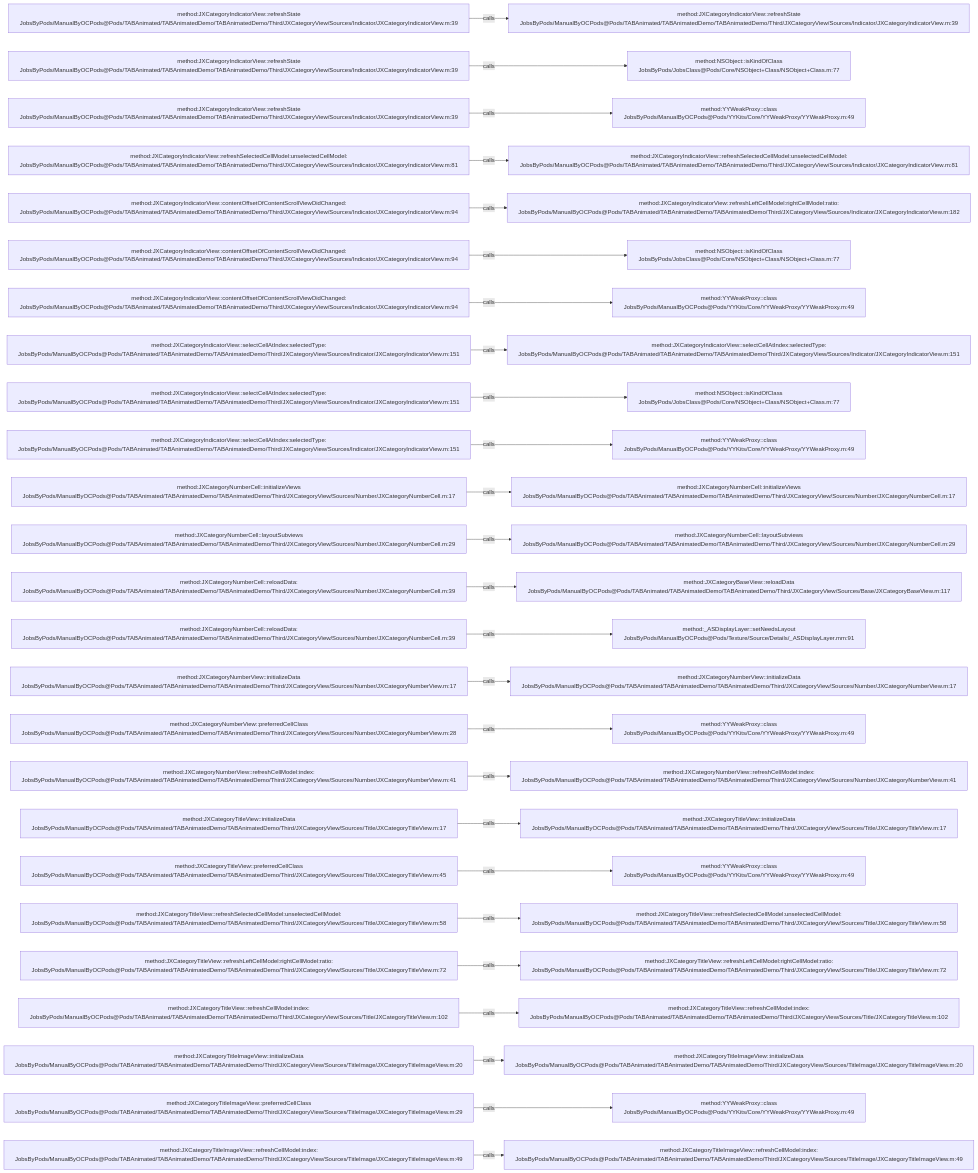
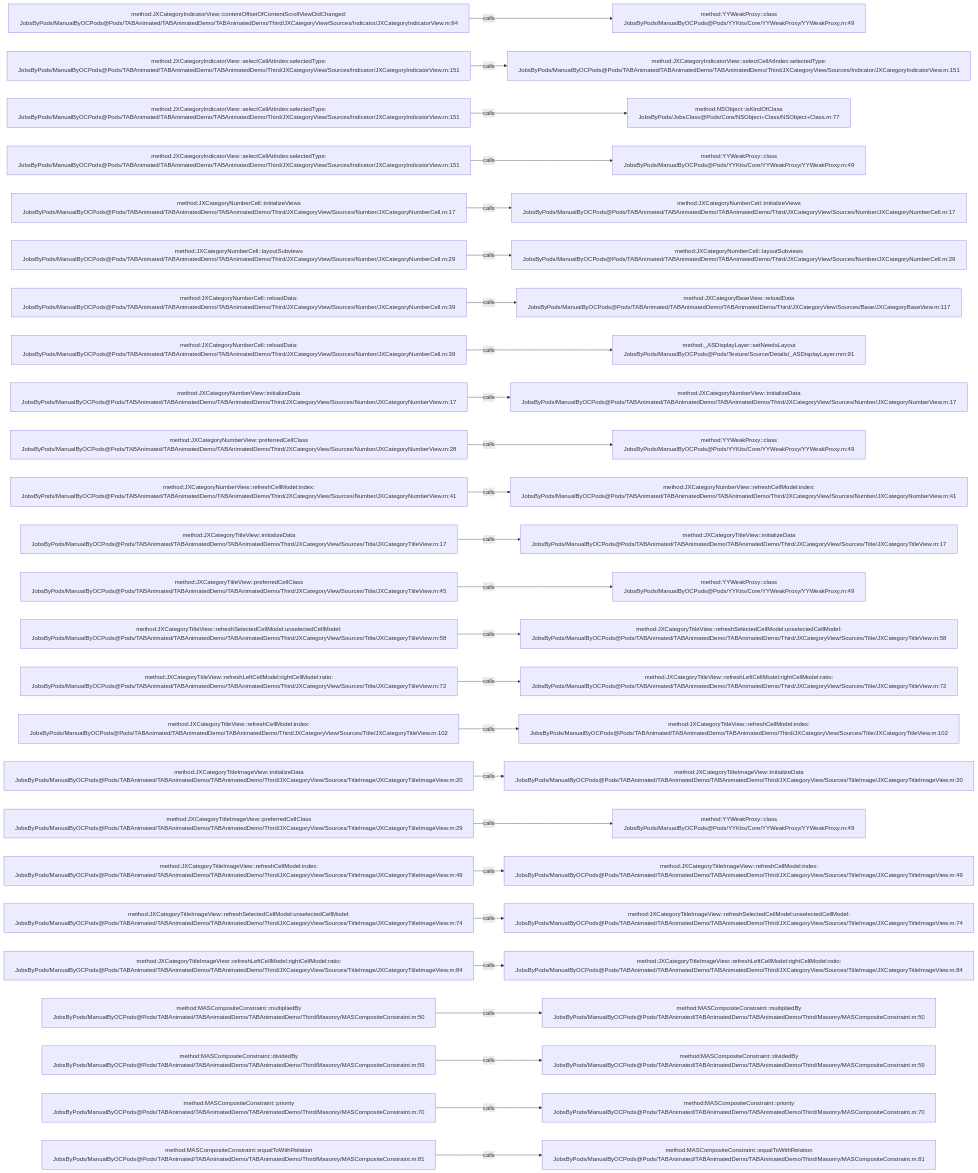
One commit to JobsKits/JobsOCBaseConfigDemo changed the diagram in .codegraph/codegraph.md/graphs/calls-035.md. Above: the diagram before and after it, drawn with Mermaid. The commit also changed 666 other files, not shown here.

````diff
--- a/.codegraph/codegraph.md/graphs/calls-035.md
+++ b/.codegraph/codegraph.md/graphs/calls-035.md
@@ -13,78 +13,78 @@
 ```mermaid
 flowchart LR
-  S1["method:JXCategoryIndicatorView::refreshState<br/>JobsByPods/ManualByOCPods@Pods/TABAnimated/TABAnimatedDemo/TABAnimatedDemo/Third/JXCategoryView/Sources/Indicator/JXCategoryIndicatorView.m:39"]
-  T1["method:JXCategoryIndicatorView::refreshState<br/>JobsByPods/ManualByOCPods@Pods/TABAnimated/TABAnimatedDemo/TABAnimatedDemo/Third/JXCategoryView/Sources/Indicator/JXCategoryIndicatorView.m:39"]
+  S1["method:JXCategoryIndicatorView::contentOffsetOfContentScrollViewDidChanged:<br/>JobsByPods/ManualByOCPods@Pods/TABAnimated/TABAnimatedDemo/TABAnimatedDemo/Third/JXCategoryView/Sources/Indicator/JXCategoryIndicatorView.m:94"]
+  T1["method:YYWeakProxy::class<br/>JobsByPods/ManualByOCPods@Pods/YYKits/Core/YYWeakProxy/YYWeakProxy.m:49"]
   S1 -->|calls| T1
-  S2["method:JXCategoryIndicatorView::refreshState<br/>JobsByPods/ManualByOCPods@Pods/TABAnimated/TABAnimatedDemo/TABAnimatedDemo/Third/JXCategoryView/Sources/Indicator/JXCategoryIndicatorView.m:39"]
-  T2["method:NSObject::isKindOfClass<br/>JobsByPods/JobsClass@Pods/Core/NSObject+Class/NSObject+Class.m:77"]
+  S2["method:JXCategoryIndicatorView::selectCellAtIndex:selectedType:<br/>JobsByPods/ManualByOCPods@Pods/TABAnimated/TABAnimatedDemo/TABAnimatedDemo/Third/JXCategoryView/Sources/Indicator/JXCategoryIndicatorView.m:151"]
+  T2["method:JXCategoryIndicatorView::selectCellAtIndex:selectedType:<br/>JobsByPods/ManualByOCPods@Pods/TABAnimated/TABAnimatedDemo/TABAnimatedDemo/Third/JXCategoryView/Sources/Indicator/JXCategoryIndicatorView.m:151"]
   S2 -->|calls| T2
-  S3["method:JXCategoryIndicatorView::refreshState<br/>JobsByPods/ManualByOCPods@Pods/TABAnimated/TABAnimatedDemo/TABAnimatedDemo/Third/JXCategoryView/Sources/Indicator/JXCategoryIndicatorView.m:39"]
-  T3["method:YYWeakProxy::class<br/>JobsByPods/ManualByOCPods@Pods/YYKits/Core/YYWeakProxy/YYWeakProxy.m:49"]
+  S3["method:JXCategoryIndicatorView::selectCellAtIndex:selectedType:<br/>JobsByPods/ManualByOCPods@Pods/TABAnimated/TABAnimatedDemo/TABAnimatedDemo/Third/JXCategoryView/Sources/Indicator/JXCategoryIndicatorView.m:151"]
+  T3["method:NSObject::isKindOfClass<br/>JobsByPods/JobsClass@Pods/Core/NSObject+Class/NSObject+Class.m:77"]
   S3 -->|calls| T3
-  S4["method:JXCategoryIndicatorView::refreshSelectedCellModel:unselectedCellModel:<br/>JobsByPods/ManualByOCPods@Pods/TABAnimated/TABAnimatedDemo/TABAnimatedDemo/Third/JXCategoryView/Sources/Indicator/JXCategoryIndicatorView.m:81"]
-  T4["method:JXCategoryIndicatorView::refreshSelectedCellModel:unselectedCellModel:<br/>JobsByPods/ManualByOCPods@Pods/TABAnimated/TABAnimatedDemo/TABAnimatedDemo/Third/JXCategoryView/Sources/Indicator/JXCategoryIndicatorView.m:81"]
+  S4["method:JXCategoryIndicatorView::selectCellAtIndex:selectedType:<br/>JobsByPods/ManualByOCPods@Pods/TABAnimated/TABAnimatedDemo/TABAnimatedDemo/Third/JXCategoryView/Sources/Indicator/JXCategoryIndicatorView.m:151"]
+  T4["method:YYWeakProxy::class<br/>JobsByPods/ManualByOCPods@Pods/YYKits/Core/YYWeakProxy/YYWeakProxy.m:49"]
   S4 -->|calls| T4
-  S5["method:JXCategoryIndicatorView::contentOffsetOfContentScrollViewDidChanged:<br/>JobsByPods/ManualByOCPods@Pods/TABAnimated/TABAnimatedDemo/TABAnimatedDemo/Third/JXCategoryView/Sources/Indicator/JXCategoryIndicatorView.m:94"]
-  T5["method:JXCategoryIndicatorView::refreshLeftCellModel:rightCellModel:ratio:<br/>JobsByPods/ManualByOCPods@Pods/TABAnimated/TABAnimatedDemo/TABAnimatedDemo/Third/JXCategoryView/Sources/Indicator/JXCategoryIndicatorView.m:182"]
+  S5["method:JXCategoryNumberCell::initializeViews<br/>JobsByPods/ManualByOCPods@Pods/TABAnimated/TABAnimatedDemo/TABAnimatedDemo/Third/JXCategoryView/Sources/Number/JXCategoryNumberCell.m:17"]
+  T5["method:JXCategoryNumberCell::initializeViews<br/>JobsByPods/ManualByOCPods@Pods/TABAnimated/TABAnimatedDemo/TABAnimatedDemo/Third/JXCategoryView/Sources/Number/JXCategoryNumberCell.m:17"]
   S5 -->|calls| T5
-  S6["method:JXCategoryIndicatorView::contentOffsetOfContentScrollViewDidChanged:<br/>JobsByPods/ManualByOCPods@Pods/TABAnimated/TABAnimatedDemo/TABAnimatedDemo/Third/JXCategoryView/Sources/Indicator/JXCategoryIndicatorView.m:94"]
-  T6["method:NSObject::isKindOfClass<br/>JobsByPods/JobsClass@Pods/Core/NSObject+Class/NSObject+Class.m:77"]
+  S6["method:JXCategoryNumberCell::layoutSubviews<br/>JobsByPods/ManualByOCPods@Pods/TABAnimated/TABAnimatedDemo/TABAnimatedDemo/Third/JXCategoryView/Sources/Number/JXCategoryNumberCell.m:29"]
+  T6["method:JXCategoryNumberCell::layoutSubviews<br/>JobsByPods/ManualByOCPods@Pods/TABAnimated/TABAnimatedDemo/TABAnimatedDemo/Third/JXCategoryView/Sources/Number/JXCategoryNumberCell.m:29"]
   S6 -->|calls| T6
-  S7["method:JXCategoryIndicatorView::contentOffsetOfContentScrollViewDidChanged:<br/>JobsByPods/ManualByOCPods@Pods/TABAnimated/TABAnimatedDemo/TABAnimatedDemo/Third/JXCategoryView/Sources/Indicator/JXCategoryIndicatorView.m:94"]
-  T7["method:YYWeakProxy::class<br/>JobsByPods/ManualByOCPods@Pods/YYKits/Core/YYWeakProxy/YYWeakProxy.m:49"]
+  S7["method:JXCategoryNumberCell::reloadData:<br/>JobsByPods/ManualByOCPods@Pods/TABAnimated/TABAnimatedDemo/TABAnimatedDemo/Third/JXCategoryView/Sources/Number/JXCategoryNumberCell.m:39"]
+  T7["method:JXCategoryBaseView::reloadData<br/>JobsByPods/ManualByOCPods@Pods/TABAnimated/TABAnimatedDemo/TABAnimatedDemo/Third/JXCategoryView/Sources/Base/JXCategoryBaseView.m:117"]
   S7 -->|calls| T7
-  S8["method:JXCategoryIndicatorView::selectCellAtIndex:selectedType:<br/>JobsByPods/ManualByOCPods@Pods/TABAnimated/TABAnimatedDemo/TABAnimatedDemo/Third/JXCategoryView/Sources/Indicator/JXCategoryIndicatorView.m:151"]
-  T8["method:JXCategoryIndicatorView::selectCellAtIndex:selectedType:<br/>JobsByPods/ManualByOCPods@Pods/TABAnimated/TABAnimatedDemo/TABAnimatedDemo/Third/JXCategoryView/Sources/Indicator/JXCategoryIndicatorView.m:151"]
+  S8["method:JXCategoryNumberCell::reloadData:<br/>JobsByPods/ManualByOCPods@Pods/TABAnimated/TABAnimatedDemo/TABAnimatedDemo/Third/JXCategoryView/Sources/Number/JXCategoryNumberCell.m:39"]
+  T8["method:_ASDisplayLayer::setNeedsLayout<br/>JobsByPods/ManualByOCPods@Pods/Texture/Source/Details/_ASDisplayLayer.mm:91"]
   S8 -->|calls| T8
-  S9["method:JXCategoryIndicatorView::selectCellAtIndex:selectedType:<br/>JobsByPods/ManualByOCPods@Pods/TABAnimated/TABAnimatedDemo/TABAnimatedDemo/Third/JXCategoryView/Sources/Indicator/JXCategoryIndicatorView.m:151"]
-  T9["method:NSObject::isKindOfClass<br/>JobsByPods/JobsClass@Pods/Core/NSObject+Class/NSObject+Class.m:77"]
+  S9["method:JXCategoryNumberView::initializeData<br/>JobsByPods/ManualByOCPods@Pods/TABAnimated/TABAnimatedDemo/TABAnimatedDemo/Third/JXCategoryView/Sources/Number/JXCategoryNumberView.m:17"]
+  T9["method:JXCategoryNumberView::initializeData<br/>JobsByPods/ManualByOCPods@Pods/TABAnimated/TABAnimatedDemo/TABAnimatedDemo/Third/JXCategoryView/Sources/Number/JXCategoryNumberView.m:17"]
   S9 -->|calls| T9
-  S10["method:JXCategoryIndicatorView::selectCellAtIndex:selectedType:<br/>JobsByPods/ManualByOCPods@Pods/TABAnimated/TABAnimatedDemo/TABAnimatedDemo/Third/JXCategoryView/Sources/Indicator/JXCategoryIndicatorView.m:151"]
+  S10["method:JXCategoryNumberView::preferredCellClass<br/>JobsByPods/ManualByOCPods@Pods/TABAnimated/TABAnimatedDemo/TABAnimatedDemo/Third/JXCategoryView/Sources/Number/JXCategoryNumberView.m:28"]
   T10["method:YYWeakProxy::class<br/>JobsByPods/ManualByOCPods@Pods/YYKits/Core/YYWeakProxy/YYWeakProxy.m:49"]
   S10 -->|calls| T10
-  S11["method:JXCategoryNumberCell::initializeViews<br/>JobsByPods/ManualByOCPods@Pods/TABAnimated/TABAnimatedDemo/TABAnimatedDemo/Third/JXCategoryView/Sources/Number/JXCategoryNumberCell.m:17"]
-  T11["method:JXCategoryNumberCell::initializeViews<br/>JobsByPods/ManualByOCPods@Pods/TABAnimated/TABAnimatedDemo/TABAnimatedDemo/Third/JXCategoryView/Sources/Number/JXCategoryNumberCell.m:17"]
+  S11["method:JXCategoryNumberView::refreshCellModel:index:<br/>JobsByPods/ManualByOCPods@Pods/TABAnimated/TABAnimatedDemo/TABAnimatedDemo/Third/JXCategoryView/Sources/Number/JXCategoryNumberView.m:41"]
+  T11["method:JXCategoryNumberView::refreshCellModel:index:<br/>JobsByPods/ManualByOCPods@Pods/TABAnimated/TABAnimatedDemo/TABAnimatedDemo/Third/JXCategoryView/Sources/Number/JXCategoryNumberView.m:41"]
   S11 -->|calls| T11
-  S12["method:JXCategoryNumberCell::layoutSubviews<br/>JobsByPods/ManualByOCPods@Pods/TABAnimated/TABAnimatedDemo/TABAnimatedDemo/Third/JXCategoryView/Sources/Number/JXCategoryNumberCell.m:29"]
-  T12["method:JXCategoryNumberCell::layoutSubviews<br/>JobsByPods/ManualByOCPods@Pods/TABAnimated/TABAnimatedDemo/TABAnimatedDemo/Third/JXCategoryView/Sources/Number/JXCategoryNumberCell.m:29"]
+  S12["method:JXCategoryTitleView::initializeData<br/>JobsByPods/ManualByOCPods@Pods/TABAnimated/TABAnimatedDemo/TABAnimatedDemo/Third/JXCategoryView/Sources/Title/JXCategoryTitleView.m:17"]
+  T12["method:JXCategoryTitleView::initializeData<br/>JobsByPods/ManualByOCPods@Pods/TABAnimated/TABAnimatedDemo/TABAnimatedDemo/Third/JXCategoryView/Sources/Title/JXCategoryTitleView.m:17"]
   S12 -->|calls| T12
-  S13["method:JXCategoryNumberCell::reloadData:<br/>JobsByPods/ManualByOCPods@Pods/TABAnimated/TABAnimatedDemo/TABAnimatedDemo/Third/JXCategoryView/Sources/Number/JXCategoryNumberCell.m:39"]
-  T13["method:JXCategoryBaseView::reloadData<br/>JobsByPods/ManualByOCPods@Pods/TABAnimated/TABAnimatedDemo/TABAnimatedDemo/Third/JXCategoryView/Sources/Base/JXCategoryBaseView.m:117"]
+  S13["method:JXCategoryTitleView::preferredCellClass<br/>JobsByPods/ManualByOCPods@Pods/TABAnimated/TABAnimatedDemo/TABAnimatedDemo/Third/JXCategoryView/Sources/Title/JXCategoryTitleView.m:45"]
+  T13["method:YYWeakProxy::class<br/>JobsByPods/ManualByOCPods@Pods/YYKits/Core/YYWeakProxy/YYWeakProxy.m:49"]
   S13 -->|calls| T13
-  S14["method:JXCategoryNumberCell::reloadData:<br/>JobsByPods/ManualByOCPods@Pods/TABAnimated/TABAnimatedDemo/TABAnimatedDemo/Third/JXCategoryView/Sources/Number/JXCategoryNumberCell.m:39"]
-  T14["method:_ASDisplayLayer::setNeedsLayout<br/>JobsByPods/ManualByOCPods@Pods/Texture/Source/Details/_ASDisplayLayer.mm:91"]
+  S14["method:JXCategoryTitleView::refreshSelectedCellModel:unselectedCellModel:<br/>JobsByPods/ManualByOCPods@Pods/TABAnimated/TABAnimatedDemo/TABAnimatedDemo/Third/JXCategoryView/Sources/Title/JXCategoryTitleView.m:58"]
+  T14["method:JXCategoryTitleView::refreshSelectedCellModel:unselectedCellModel:<br/>JobsByPods/ManualByOCPods@Pods/TABAnimated/TABAnimatedDemo/TABAnimatedDemo/Third/JXCategoryView/Sources/Title/JXCategoryTitleView.m:58"]
   S14 -->|calls| T14
-  S15["method:JXCategoryNumberView::initializeData<br/>JobsByPods/ManualByOCPods@Pods/TABAnimated/TABAnimatedDemo/TABAnimatedDemo/Third/JXCategoryView/Sources/Number/JXCategoryNumberView.m:17"]
-  T15["method:JXCategoryNumberView::initializeData<br/>JobsByPods/ManualByOCPods@Pods/TABAnimated/TABAnimatedDemo/TABAnimatedDemo/Third/JXCategoryView/Sources/Number/JXCategoryNumberView.m:17"]
+  S15["method:JXCategoryTitleView::refreshLeftCellModel:rightCellModel:ratio:<br/>JobsByPods/ManualByOCPods@Pods/TABAnimated/TABAnimatedDemo/TABAnimatedDemo/Third/JXCategoryView/Sources/Title/JXCategoryTitleView.m:72"]
+  T15["method:JXCategoryTitleView::refreshLeftCellModel:rightCellModel:ratio:<br/>JobsByPods/ManualByOCPods@Pods/TABAnimated/TABAnimatedDemo/TABAnimatedDemo/Third/JXCategoryView/Sources/Title/JXCategoryTitleView.m:72"]
   S15 -->|calls| T15
-  S16["method:JXCategoryNumberView::preferredCellClass<br/>JobsByPods/ManualByOCPods@Pods/TABAnimated/TABAnimatedDemo/TABAnimatedDemo/Third/JXCategoryView/Sources/Number/JXCategoryNumberView.m:28"]
-  T16["method:YYWeakProxy::class<br/>JobsByPods/ManualByOCPods@Pods/YYKits/Core/YYWeakProxy/YYWeakProxy.m:49"]
+  S16["method:JXCategoryTitleView::refreshCellModel:index:<br/>JobsByPods/ManualByOCPods@Pods/TABAnimated/TABAnimatedDemo/TABAnimatedDemo/Third/JXCategoryView/Sources/Title/JXCategoryTitleView.m:102"]
+  T16["method:JXCategoryTitleView::refreshCellModel:index:<br/>JobsByPods/ManualByOCPods@Pods/TABAnimated/TABAnimatedDemo/TABAnimatedDemo/Third/JXCategoryView/Sources/Title/JXCategoryTitleView.m:102"]
   S16 -->|calls| T16
-  S17["method:JXCategoryNumberView::refreshCellModel:index:<br/>JobsByPods/ManualByOCPods@Pods/TABAnimated/TABAnimatedDemo/TABAnimatedDemo/Third/JXCategoryView/Sources/Number/JXCategoryNumberView.m:41"]
-  T17["method:JXCategoryNumberView::refreshCellModel:index:<br/>JobsByPods/ManualByOCPods@Pods/TABAnimated/TABAnimatedDemo/TABAnimatedDemo/Third/JXCategoryView/Sources/Number/JXCategoryNumberView.m:41"]
+  S17["method:JXCategoryTitleImageView::initializeData<br/>JobsByPods/ManualByOCPods@Pods/TABAnimated/TABAnimatedDemo/TABAnimatedDemo/Third/JXCategoryView/Sources/TitleImage/JXCategoryTitleImageView.m:20"]
+  T17["method:JXCategoryTitleImageView::initializeData<br/>JobsByPods/ManualByOCPods@Pods/TABAnimated/TABAnimatedDemo/TABAnimatedDemo/Third/JXCategoryView/Sources/TitleImage/JXCategoryTitleImageView.m:20"]
   S17 -->|calls| T17
-  S18["method:JXCategoryTitleView::initializeData<br/>JobsByPods/ManualByOCPods@Pods/TABAnimated/TABAnimatedDemo/TABAnimatedDemo/Third/JXCategoryView/Sources/Title/JXCategoryTitleView.m:17"]
-  T18["method:JXCategoryTitleView::initializeData<br/>JobsByPods/ManualByOCPods@Pods/TABAnimated/TABAnimatedDemo/TABAnimatedDemo/Third/JXCategoryView/Sources/Title/JXCategoryTitleView.m:17"]
+  S18["method:JXCategoryTitleImageView::preferredCellClass<br/>JobsByPods/ManualByOCPods@Pods/TABAnimated/TABAnimatedDemo/TABAnimatedDemo/Third/JXCategoryView/Sources/TitleImage/JXCategoryTitleImageView.m:29"]
+  T18["method:YYWeakProxy::class<br/>JobsByPods/ManualByOCPods@Pods/YYKits/Core/YYWeakProxy/YYWeakProxy.m:49"]
   S18 -->|calls| T18
-  S19["method:JXCategoryTitleView::preferredCellClass<br/>JobsByPods/ManualByOCPods@Pods/TABAnimated/TABAnimatedDemo/TABAnimatedDemo/Third/JXCategoryView/Sources/Title/JXCategoryTitleView.m:45"]
-  T19["method:YYWeakProxy::class<br/>JobsByPods/ManualByOCPods@Pods/YYKits/Core/YYWeakProxy/YYWeakProxy.m:49"]
+  S19["method:JXCategoryTitleImageView::refreshCellModel:index:<br/>JobsByPods/ManualByOCPods@Pods/TABAnimated/TABAnimatedDemo/TABAnimatedDemo/Third/JXCategoryView/Sources/TitleImage/JXCategoryTitleImageView.m:49"]
+  T19["method:JXCategoryTitleImageView::refreshCellModel:index:<br/>JobsByPods/ManualByOCPods@Pods/TABAnimated/TABAnimatedDemo/TABAnimatedDemo/Third/JXCategoryView/Sources/TitleImage/JXCategoryTitleImageView.m:49"]
   S19 -->|calls| T19
-  S20["method:JXCategoryTitleView::refreshSelectedCellModel:unselectedCellModel:<br/>JobsByPods/ManualByOCPods@Pods/TABAnimated/TABAnimatedDemo/TABAnimatedDemo/Third/JXCategoryView/Sources/Title/JXCategoryTitleView.m:58"]
-  T20["method:JXCategoryTitleView::refreshSelectedCellModel:unselectedCellModel:<br/>JobsByPods/ManualByOCPods@Pods/TABAnimated/TABAnimatedDemo/TABAnimatedDemo/Third/JXCategoryView/Sources/Title/JXCategoryTitleView.m:58"]
+  S20["method:JXCategoryTitleImageView::refreshSelectedCellModel:unselectedCellModel:<br/>JobsByPods/ManualByOCPods@Pods/TABAnimated/TABAnimatedDemo/TABAnimatedDemo/Third/JXCategoryView/Sources/TitleImage/JXCategoryTitleImageView.m:74"]
+  T20["method:JXCategoryTitleImageView::refreshSelectedCellModel:unselectedCellModel:<br/>JobsByPods/ManualByOCPods@Pods/TABAnimated/TABAnimatedDemo/TABAnimatedDemo/Third/JXCategoryView/Sources/TitleImage/JXCategoryTitleImageView.m:74"]
   S20 -->|calls| T20
-  S21["method:JXCategoryTitleView::refreshLeftCellModel:rightCellModel:ratio:<br/>JobsByPods/ManualByOCPods@Pods/TABAnimated/TABAnimatedDemo/TABAnimatedDemo/Third/JXCategoryView/Sources/Title/JXCategoryTitleView.m:72"]
-  T21["method:JXCategoryTitleView::refreshLeftCellModel:rightCellModel:ratio:<br/>JobsByPods/ManualByOCPods@Pods/TABAnimated/TABAnimatedDemo/TABAnimatedDemo/Third/JXCategoryView/Sources/Title/JXCategoryTitleView.m:72"]
+  S21["method:JXCategoryTitleImageView::refreshLeftCellModel:rightCellModel:ratio:<br/>JobsByPods/ManualByOCPods@Pods/TABAnimated/TABAnimatedDemo/TABAnimatedDemo/Third/JXCategoryView/Sources/TitleImage/JXCategoryTitleImageView.m:84"]
+  T21["method:JXCategoryTitleImageView::refreshLeftCellModel:rightCellModel:ratio:<br/>JobsByPods/ManualByOCPods@Pods/TABAnimated/TABAnimatedDemo/TABAnimatedDemo/Third/JXCategoryView/Sources/TitleImage/JXCategoryTitleImageView.m:84"]
   S21 -->|calls| T21
-  S22["method:JXCategoryTitleView::refreshCellModel:index:<br/>JobsByPods/ManualByOCPods@Pods/TABAnimated/TABAnimatedDemo/TABAnimatedDemo/Third/JXCategoryView/Sources/Title/JXCategoryTitleView.m:102"]
-  T22["method:JXCategoryTitleView::refreshCellModel:index:<br/>JobsByPods/ManualByOCPods@Pods/TABAnimated/TABAnimatedDemo/TABAnimatedDemo/Third/JXCategoryView/Sources/Title/JXCategoryTitleView.m:102"]
+  S22["method:MASCompositeConstraint::multipliedBy<br/>JobsByPods/ManualByOCPods@Pods/TABAnimated/TABAnimatedDemo/TABAnimatedDemo/Third/Masonry/MASCompositeConstraint.m:50"]
+  T22["method:MASCompositeConstraint::multipliedBy<br/>JobsByPods/ManualByOCPods@Pods/TABAnimated/TABAnimatedDemo/TABAnimatedDemo/Third/Masonry/MASCompositeConstraint.m:50"]
   S22 -->|calls| T22
-  S23["method:JXCategoryTitleImageView::initializeData<br/>JobsByPods/ManualByOCPods@Pods/TABAnimated/TABAnimatedDemo/TABAnimatedDemo/Third/JXCategoryView/Sources/TitleImage/JXCategoryTitleImageView.m:20"]
-  T23["method:JXCategoryTitleImageView::initializeData<br/>JobsByPods/ManualByOCPods@Pods/TABAnimated/TABAnimatedDemo/TABAnimatedDemo/Third/JXCategoryView/Sources/TitleImage/JXCategoryTitleImageView.m:20"]
+  S23["method:MASCompositeConstraint::dividedBy<br/>JobsByPods/ManualByOCPods@Pods/TABAnimated/TABAnimatedDemo/TABAnimatedDemo/Third/Masonry/MASCompositeConstraint.m:59"]
+  T23["method:MASCompositeConstraint::dividedBy<br/>JobsByPods/ManualByOCPods@Pods/TABAnimated/TABAnimatedDemo/TABAnimatedDemo/Third/Masonry/MASCompositeConstraint.m:59"]
   S23 -->|calls| T23
-  S24["method:JXCategoryTitleImageView::preferredCellClass<br/>JobsByPods/ManualByOCPods@Pods/TABAnimated/TABAnimatedDemo/TABAnimatedDemo/Third/JXCategoryView/Sources/TitleImage/JXCategoryTitleImageView.m:29"]
-  T24["method:YYWeakProxy::class<br/>JobsByPods/ManualByOCPods@Pods/YYKits/Core/YYWeakProxy/YYWeakProxy.m:49"]
+  S24["method:MASCompositeConstraint::priority<br/>JobsByPods/ManualByOCPods@Pods/TABAnimated/TABAnimatedDemo/TABAnimatedDemo/Third/Masonry/MASCompositeConstraint.m:70"]
+  T24["method:MASCompositeConstraint::priority<br/>JobsByPods/ManualByOCPods@Pods/TABAnimated/TABAnimatedDemo/TABAnimatedDemo/Third/Masonry/MASCompositeConstraint.m:70"]
   S24 -->|calls| T24
-  S25["method:JXCategoryTitleImageView::refreshCellModel:index:<br/>JobsByPods/ManualByOCPods@Pods/TABAnimated/TABAnimatedDemo/TABAnimatedDemo/Third/JXCategoryView/Sources/TitleImage/JXCategoryTitleImageView.m:49"]
-  T25["method:JXCategoryTitleImageView::refreshCellModel:index:<br/>JobsByPods/ManualByOCPods@Pods/TABAnimated/TABAnimatedDemo/TABAnimatedDemo/Third/JXCategoryView/Sources/TitleImage/JXCategoryTitleImageView.m:49"]
+  S25["method:MASCompositeConstraint::equalToWithRelation<br/>JobsByPods/ManualByOCPods@Pods/TABAnimated/TABAnimatedDemo/TABAnimatedDemo/Third/Masonry/MASCompositeConstraint.m:81"]
+  T25["method:MASCompositeConstraint::equalToWithRelation<br/>JobsByPods/ManualByOCPods@Pods/TABAnimated/TABAnimatedDemo/TABAnimatedDemo/Third/Masonry/MASCompositeConstraint.m:81"]
   S25 -->|calls| T25
 ```
````
